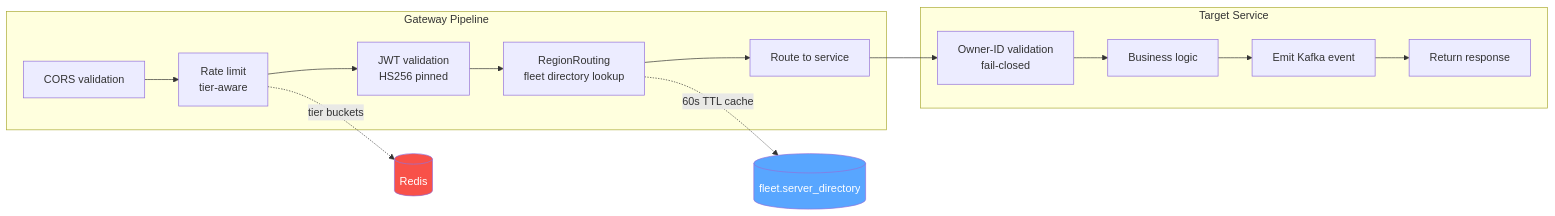
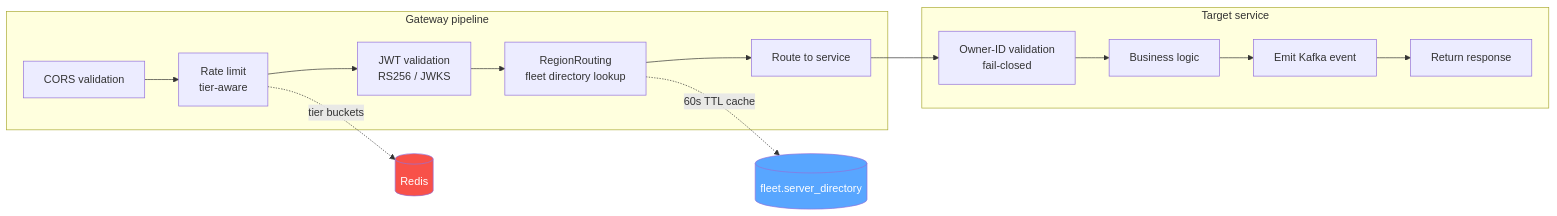
The third of 6 diagrams in README.md (WhitehatD/MetricHost), drawn with Mermaid before and after one commit. The commit also changed other lines of this file and 3 other files, not shown here.

````diff
--- a/README.md
+++ b/README.md
@@ -260,23 +273,22 @@
 ```mermaid
 flowchart LR
-    subgraph Gateway Pipeline
+    subgraph Gateway["Gateway pipeline"]
         A[CORS validation] --> B[Rate limit<br/>tier-aware]
-        B --> C[JWT validation<br/>HS256 pinned]
+        B --> C[JWT validation<br/>RS256 / JWKS]
         C --> D[RegionRouting<br/>fleet directory lookup]
         D --> E[Route to service]
     end
 
     B -.->|tier buckets| R[(Redis)]
     D -.->|60s TTL cache| FD[(fleet.server_directory)]
 
-    subgraph Target Service
+    subgraph Target["Target service"]
         F[Owner-ID validation<br/>fail-closed] --> G[Business logic]
         G --> H[Emit Kafka event]
         H --> I[Return response]
     end
 
     E --> F
-
     style R fill:#f85149,color:#fff
     style FD fill:#58a6ff,color:#fff
 ```
````
